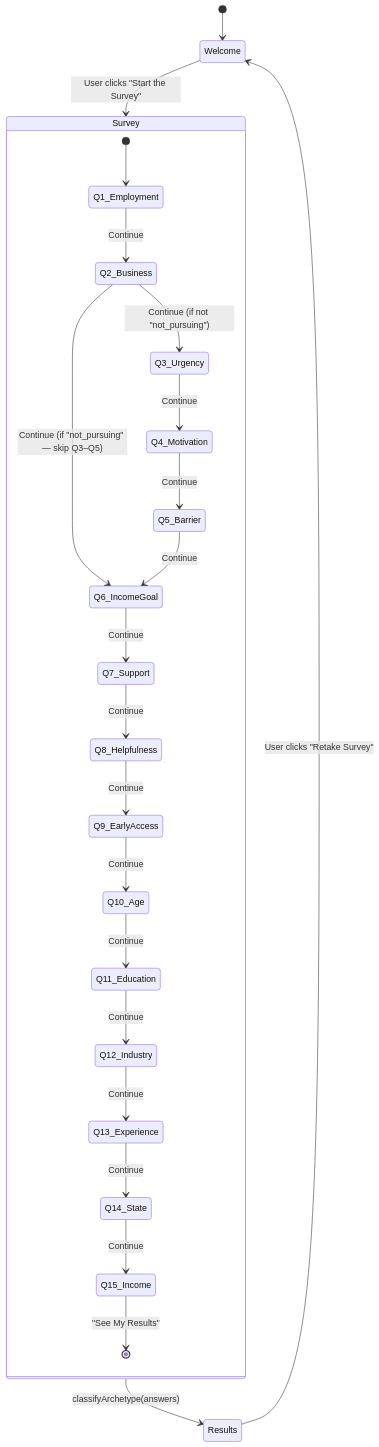
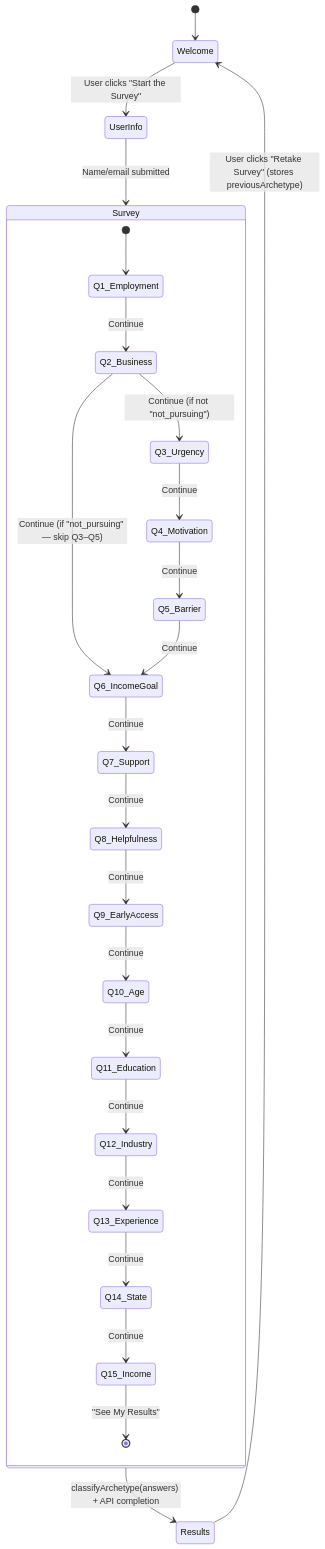
Before and after one commit to NobleVision/archetype-explorer: the fourth of 4 diagrams in README.md, drawn with Mermaid. The commit also changed other lines of this file and 9 other files, not shown here.

````diff
--- a/README.md
+++ b/README.md
@@ -321,28 +418,29 @@
 ```mermaid
 stateDiagram-v2
     [*] --> Welcome
-    Welcome --> Survey : User clicks "Start the Survey"
+    Welcome --> UserInfo : User clicks "Start the Survey"
+    UserInfo --> Survey : Name/email submitted
 
     state Survey {
         [*] --> Q1_Employment
         Q1_Employment --> Q2_Business : Continue
         Q2_Business --> Q3_Urgency : Continue (if not "not_pursuing")
         Q2_Business --> Q6_IncomeGoal : Continue (if "not_pursuing" — skip Q3–Q5)
         Q3_Urgency --> Q4_Motivation : Continue
         Q4_Motivation --> Q5_Barrier : Continue
         Q5_Barrier --> Q6_IncomeGoal : Continue
         Q6_IncomeGoal --> Q7_Support : Continue
         Q7_Support --> Q8_Helpfulness : Continue
         Q8_Helpfulness --> Q9_EarlyAccess : Continue
         Q9_EarlyAccess --> Q10_Age : Continue
         Q10_Age --> Q11_Education : Continue
         Q11_Education --> Q12_Industry : Continue
         Q12_Industry --> Q13_Experience : Continue
         Q13_Experience --> Q14_State : Continue
         Q14_State --> Q15_Income : Continue
         Q15_Income --> [*] : "See My Results"
     }
 
-    Survey --> Results : classifyArchetype(answers)
-    Results --> Welcome : User clicks "Retake Survey"
+    Survey --> Results : classifyArchetype(answers) + API completion
+    Results --> Welcome : User clicks "Retake Survey" (stores previousArchetype)
 ```
````
